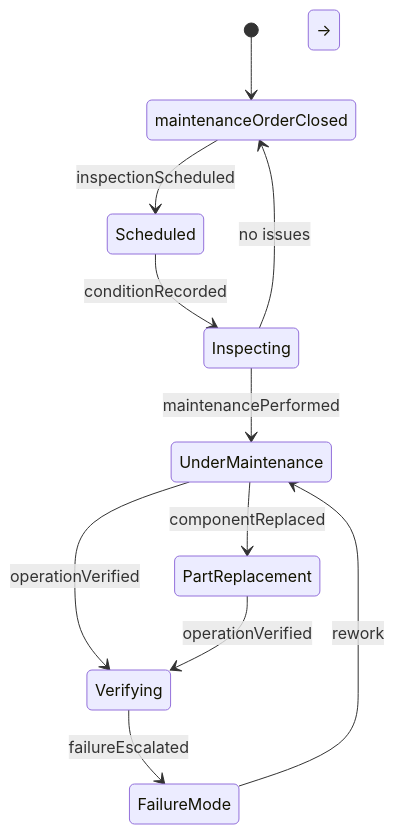
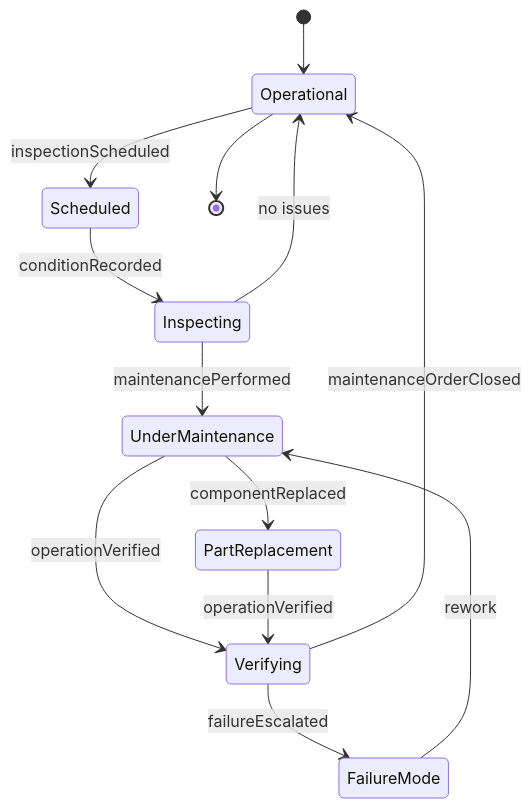
The second of 4 diagrams in RepairingAndMaintainingMechanicalEquipment/MaintainToolsOrEquipment/MaintainMechanicalEquipment.mdx (dot-org-ai/tasks.org.ai), drawn with Mermaid before and after one commit. The commit also changed 515 other files, not shown here.

````diff
--- a/RepairingAndMaintainingMechanicalEquipment/MaintainToolsOrEquipment/MaintainMechanicalEquipment.mdx
+++ b/RepairingAndMaintainingMechanicalEquipment/MaintainToolsOrEquipment/MaintainMechanicalEquipment.mdx
@@ -99,15 +99,15 @@
 ```mermaid
 stateDiagram-v2
     [*] --> Operational
     Operational --> Scheduled : inspectionScheduled
     Scheduled --> Inspecting : conditionRecorded
     Inspecting --> UnderMaintenance : maintenancePerformed
     Inspecting --> Operational : no issues
     UnderMaintenance --> PartReplacement : componentReplaced
     UnderMaintenance --> Verifying : operationVerified
     PartReplacement --> Verifying : operationVerified
-    Verifying → Operational : maintenanceOrderClosed
+    Verifying --> Operational : maintenanceOrderClosed
     Verifying --> FailureMode : failureEscalated
     FailureMode --> UnderMaintenance : rework
-    Operational → [*]
+    Operational --> [*]
 ```
````
